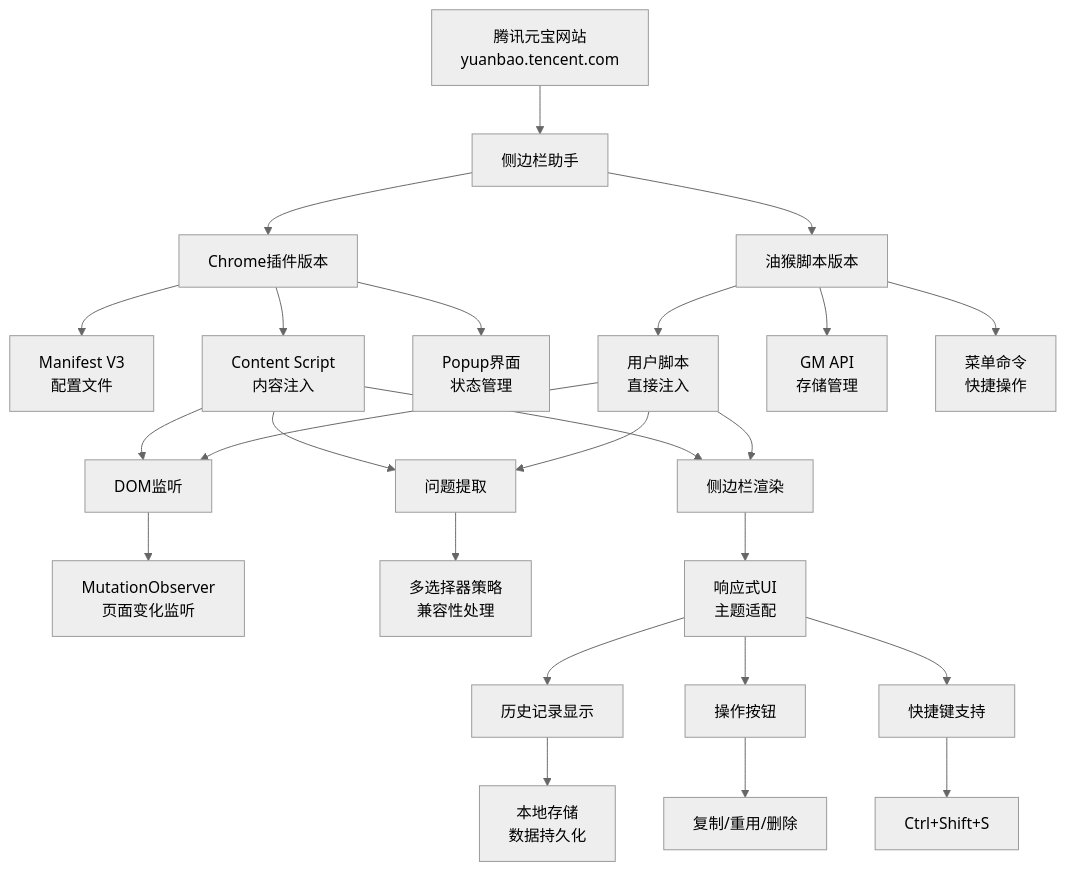
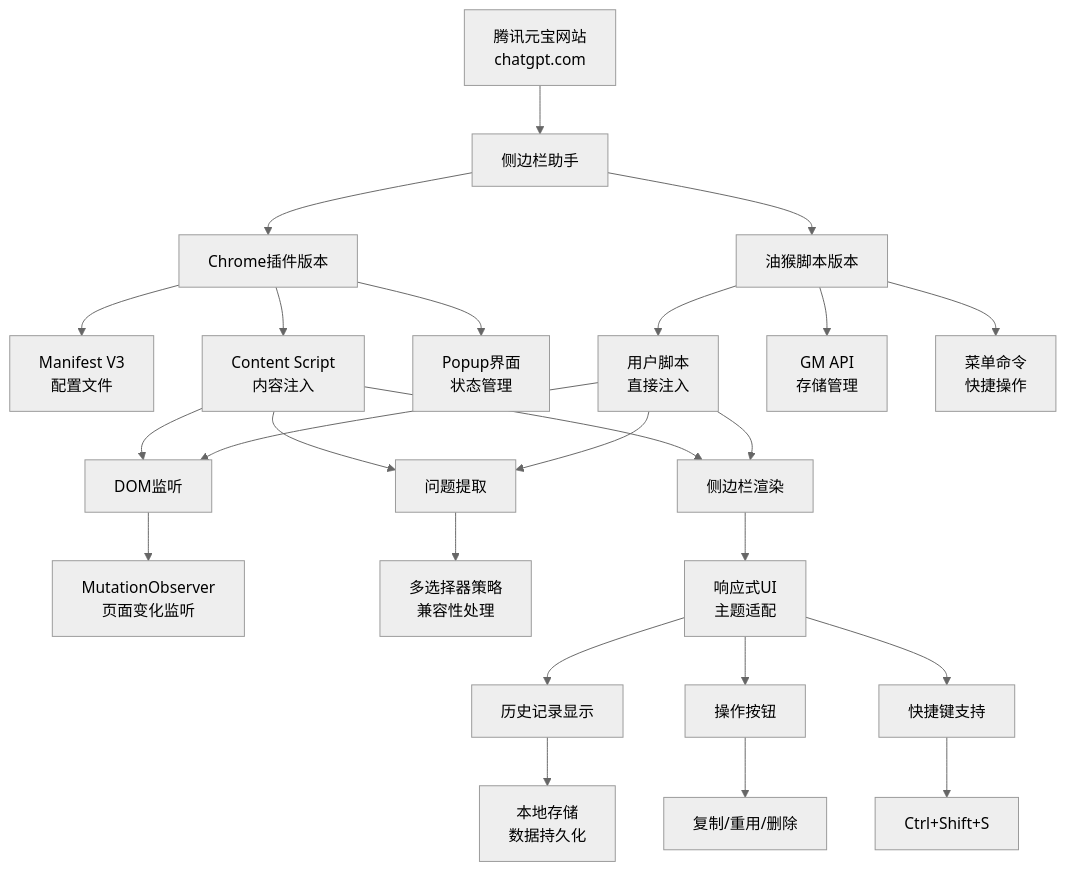
The first of 2 diagrams in docs/project-overview.md (leviosa-e/chatgpt-sidebar-extension), drawn with Mermaid (neutral theme) before and after one commit. The commit also changed other lines of this file and 7 other files, not shown here.

````diff
--- a/docs/project-overview.md
+++ b/docs/project-overview.md
@@ -31,35 +31,35 @@
 ```mermaid
 graph TB
-    A["腾讯元宝网站<br/>yuanbao.tencent.com"] --> B["侧边栏助手"]
-    
+    A["腾讯元宝网站<br/>chatgpt.com"] --> B["侧边栏助手"]
+
     B --> C["Chrome插件版本"]
     B --> D["油猴脚本版本"]
-    
+
     C --> E["Manifest V3<br/>配置文件"]
     C --> F["Content Script<br/>内容注入"]
     C --> G["Popup界面<br/>状态管理"]
-    
+
     D --> H["用户脚本<br/>直接注入"]
     D --> I["GM API<br/>存储管理"]
     D --> J["菜单命令<br/>快捷操作"]
-    
+
     F --> K["DOM监听"]
     F --> L["问题提取"]
     F --> M["侧边栏渲染"]
-    
+
     H --> K
     H --> L
     H --> M
-    
+
     K --> N["MutationObserver<br/>页面变化监听"]
     L --> O["多选择器策略<br/>兼容性处理"]
     M --> P["响应式UI<br/>主题适配"]
-    
+
     P --> Q["历史记录显示"]
     P --> R["操作按钮"]
     P --> S["快捷键支持"]
-    
+
     Q --> T["本地存储<br/>数据持久化"]
     R --> U["复制/重用/删除"]
     S --> V["Ctrl+Shift+S"]
 ```
````
